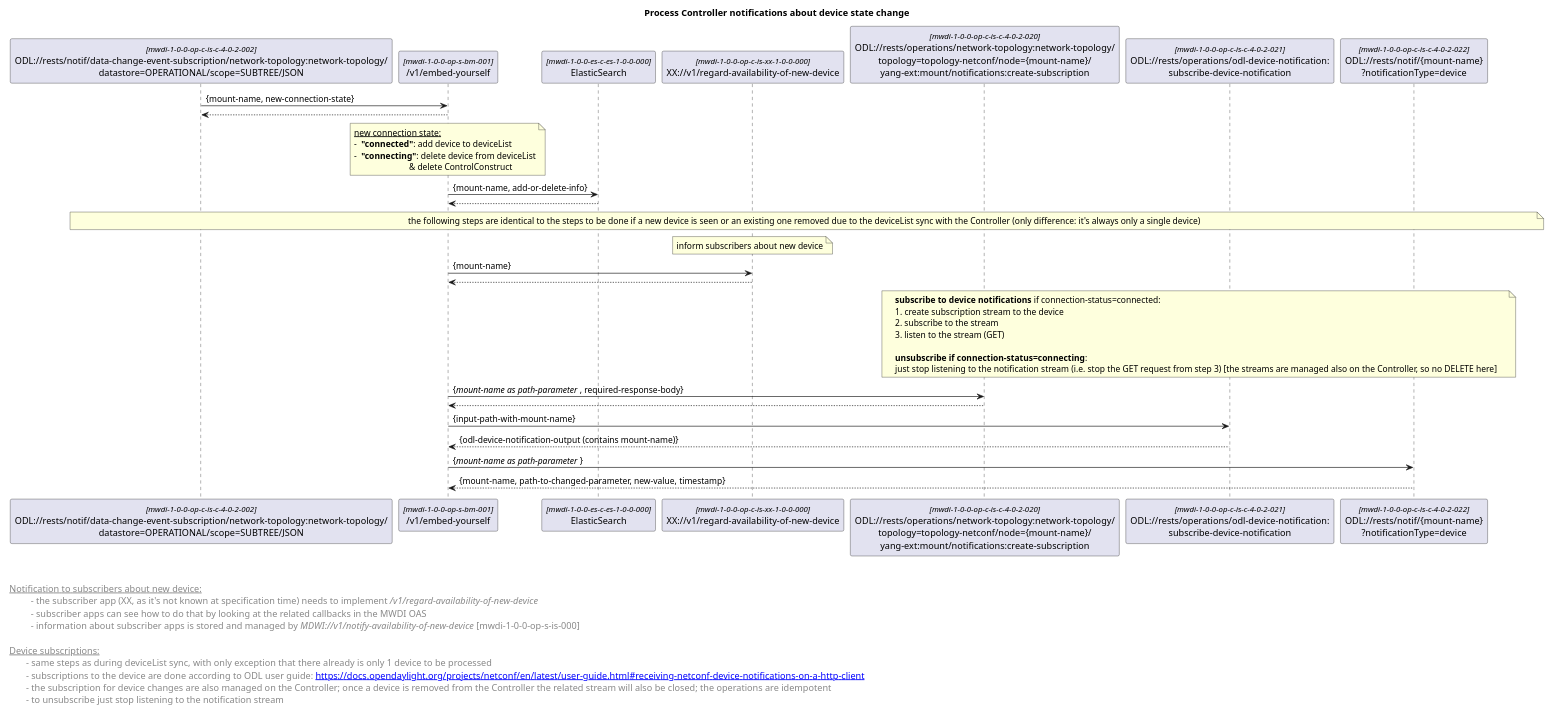
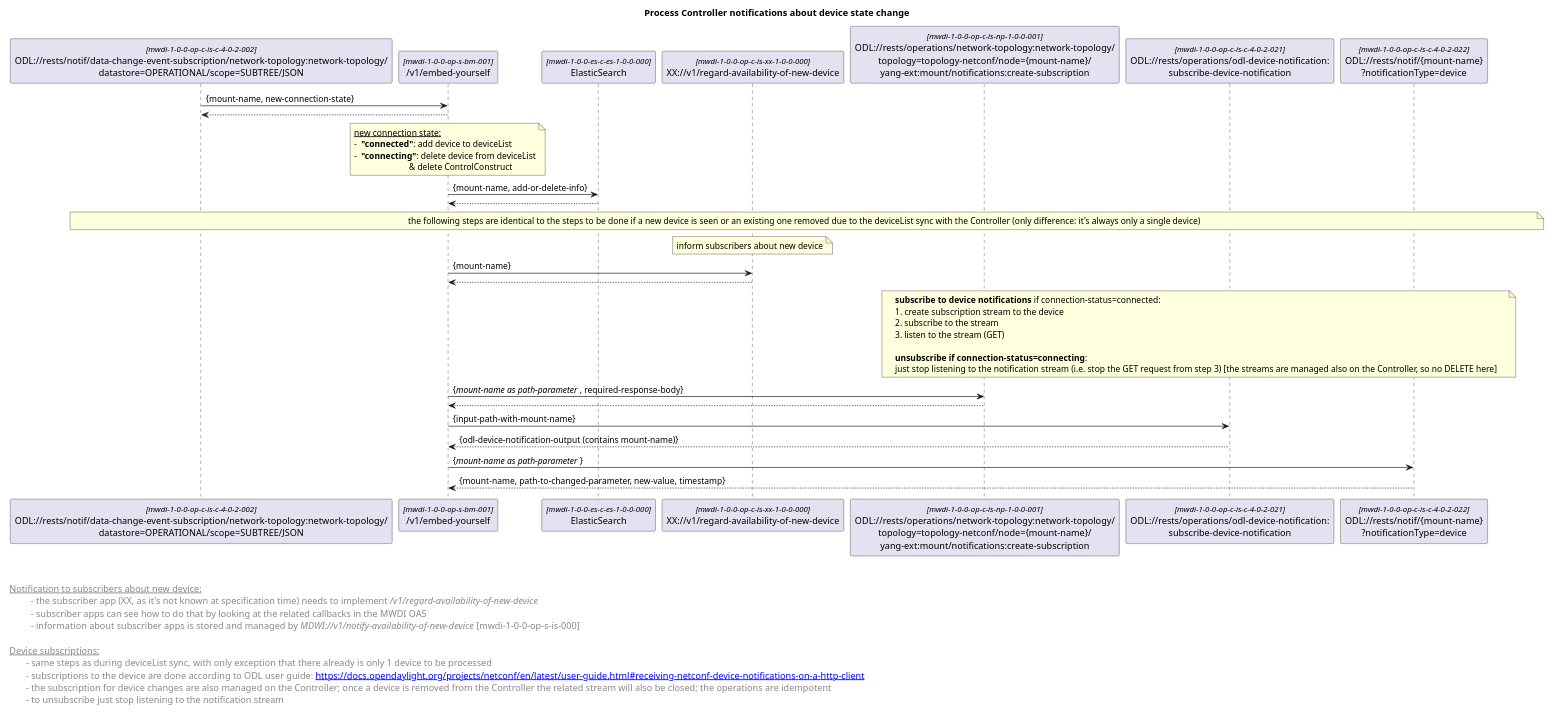
The diagram in spec/_NEU_MIT_NOTIFICATION_PROXY_draft/diagrams/02x_forwardingProcessControllerNotifications.plantuml (openBackhaul/MicroWaveDeviceInventory), drawn with PlantUML before and after one commit. The commit also changed 6 other files, not shown here.

```diff
--- a/spec/_NEU_MIT_NOTIFICATION_PROXY_draft/diagrams/02x_forwardingProcessControllerNotifications.plantuml
+++ b/spec/_NEU_MIT_NOTIFICATION_PROXY_draft/diagrams/02x_forwardingProcessControllerNotifications.plantuml
@@ -1,87 +1,87 @@
 @startuml
 skinparam responseMessageBelowArrow true
 skinparam guillemet [ ]
 skinparam participant {
   StereotypeFontSize 12  
 }
 
 title Process Controller notifications about device state change
 
 
 'participants
 participant "ODL://rests/notif/data-change-event-subscription/network-topology:network-topology/\ndatastore=OPERATIONAL/scope=SUBTREE/JSON" as odlNotification <<mwdi-1-0-0-op-c-is-c-4-0-2-002>>
 participant "/v1/embed-yourself" as mwdi <<mwdi-1-0-0-op-s-bm-001>>
 participant "ElasticSearch" as es <<mwdi-1-0-0-es-c-es-1-0-0-000>>
 participant "XX://v1/regard-availability-of-new-device" as notificationToXX <<mwdi-1-0-0-op-c-is-xx-1-0-0-000>>
-participant "ODL://rests/operations/network-topology:network-topology/\ntopology=topology-netconf/node={mount-name}/\nyang-ext:mount/notifications:create-subscription" as odlsubscribe1 <<mwdi-1-0-0-op-c-is-c-4-0-2-020>>
+participant "ODL://rests/operations/network-topology:network-topology/\ntopology=topology-netconf/node={mount-name}/\nyang-ext:mount/notifications:create-subscription" as odlsubscribe1 <<mwdi-1-0-0-op-c-is-np-1-0-0-001>>
 participant "ODL://rests/operations/odl-device-notification:\nsubscribe-device-notification" as odlsubscribe2 <<mwdi-1-0-0-op-c-is-c-4-0-2-021>>
 participant "ODL://rests/notif/{mount-name}\n?notificationType=device" as odlsubscribe3 <<mwdi-1-0-0-op-c-is-c-4-0-2-022>> 
 
 
 odlNotification -> mwdi: {mount-name, new-connection-state}
 mwdi --> odlNotification
 
 note over mwdi
  <u>new connection state:</u>
  - <b> "connected"</b>: add device to deviceList
  - <b> "connecting"</b>: delete device from deviceList
                           & delete ControlConstruct
 end note
 
 mwdi -> es: {mount-name, add-or-delete-info}
 es --> mwdi
 
 'for new devices subscribe to device changes
 note across: the following steps are identical to the steps to be done if a new device is seen or an existing one removed due to the deviceList sync with the Controller (only difference: it's always only a single device)
 
 'inform subscribers about new device
 note over notificationToXX: inform subscribers about new device
 mwdi -> notificationToXX: {mount-name}
 notificationToXX --> mwdi
 
 
 'subscription to Controller
 note over odlsubscribe1, odlsubscribe3
 <b>subscribe to device notifications</b> if connection-status=connected:
 1. create subscription stream to the device
 2. subscribe to the stream
 3. listen to the stream (GET)
 
 <b>unsubscribe if connection-status=connecting</b>:
 just stop listening to the notification stream (i.e. stop the GET request from step 3) [the streams are managed also on the Controller, so no DELETE here]
 end note
 
 mwdi -> odlsubscribe1: {<i>mount-name as path-parameter </i>, required-response-body}
 odlsubscribe1 --> mwdi
 
 mwdi -> odlsubscribe2: {input-path-with-mount-name}
 odlsubscribe2 --> mwdi: {odl-device-notification-output (contains mount-name)}
 
 mwdi -> odlsubscribe3: {<i>mount-name as path-parameter </i>}
 odlsubscribe3 --> mwdi: {mount-name, path-to-changed-parameter, new-value, timestamp}
 
 
 
 left footer 
 
 
 <u> Notification to subscribers about new device:</u>
 \t  - the subscriber app (XX, as it's not known at specification time) needs to implement <i>/v1/regard-availability-of-new-device</i>
 \t  - subscriber apps can see how to do that by looking at the related callbacks in the MWDI OAS 
 \t  - information about subscriber apps is stored and managed by <i>MDWI://v1/notify-availability-of-new-device</i> [mwdi-1-0-0-op-s-is-000]
 
 <u> Device subscriptions:</u>
 \t- same steps as during deviceList sync, with only exception that there already is only 1 device to be processed
 \t- subscriptions to the device are done according to ODL user guide: [[https://docs.opendaylight.org/projects/netconf/en/latest/user-guide.html#receiving-netconf-device-notifications-on-a-http-client]]
 \t- the subscription for device changes are also managed on the Controller; once a device is removed from the Controller the related stream will also be closed; the operations are idempotent
 \t- to unsubscribe just stop listening to the notification stream
 end footer
 
 <style>
 footer {
   HorizontalAlignment left
   FontSize 14
 }
 </style>
 
 @enduml
```
